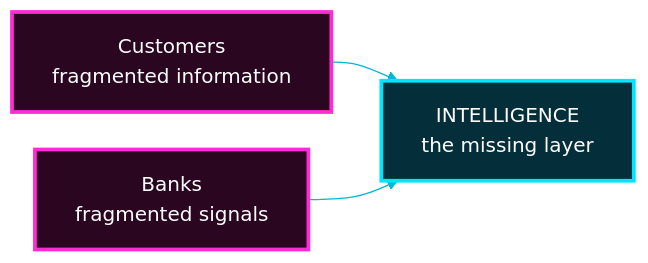
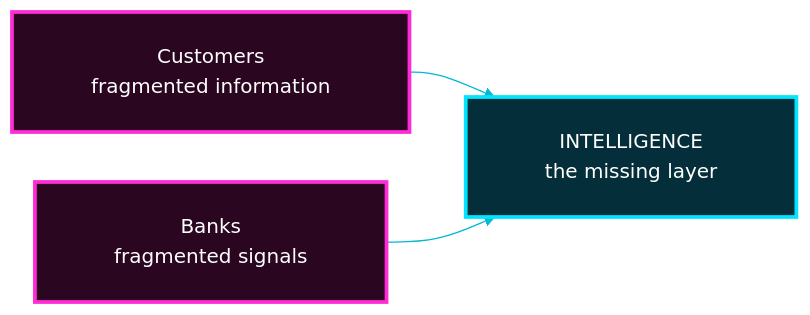
The third of 17 diagrams in README.md (Mansi232323/MANSHORA), drawn with Mermaid before and after one commit. The commit also changed other lines of this file, not shown here.

````diff
--- a/README.md
+++ b/README.md
@@ -184,10 +184,10 @@
 ```mermaid
-%%{init: {'theme':'base','themeVariables':{'fontSize':'16px','fontFamily':'Arial, Helvetica, sans-serif','primaryColor':'#0b0b2a','primaryTextColor':'#ffffff','primaryBorderColor':'#b026ff','lineColor':'#00b8d4','textColor':'#ffffff','edgeLabelBackground':'#0b0b2a'},'flowchart':{'htmlLabels':true,'nodeSpacing':30,'rankSpacing':40,'padding':16,'curve':'basis','wrappingWidth':240,'useMaxWidth':true}}}%%
+%%{init: {'theme':'base','themeVariables':{'fontSize':'16px','primaryColor':'#0b0b2a','primaryTextColor':'#ffffff','primaryBorderColor':'#b026ff','lineColor':'#00b8d4','textColor':'#ffffff','edgeLabelBackground':'#0b0b2a'},'flowchart':{'htmlLabels':true,'nodeSpacing':40,'rankSpacing':45,'padding':24,'curve':'basis','wrappingWidth':400,'useMaxWidth':true}}}%%
 flowchart LR
-    C["Customers<br/>fragmented information"] --> M["INTELLIGENCE<br/>the missing layer"]
-    B["Banks<br/>fragmented signals"] --> M
+    C["&nbsp;&nbsp;&nbsp;Customers&nbsp;&nbsp;&nbsp;<br/>&nbsp;&nbsp;&nbsp;fragmented information&nbsp;&nbsp;&nbsp;"] --> M["&nbsp;&nbsp;&nbsp;INTELLIGENCE&nbsp;&nbsp;&nbsp;<br/>&nbsp;&nbsp;&nbsp;the missing layer&nbsp;&nbsp;&nbsp;"]
+    B["&nbsp;&nbsp;&nbsp;Banks&nbsp;&nbsp;&nbsp;<br/>&nbsp;&nbsp;&nbsp;fragmented signals&nbsp;&nbsp;&nbsp;"] --> M
     classDef problem fill:#2a0620,stroke:#ff2bd6,stroke-width:3px,color:#ffffff
     classDef answer fill:#042f3a,stroke:#00e5ff,stroke-width:3px,color:#ffffff
     class C,B problem
     class M answer
 ```
````
